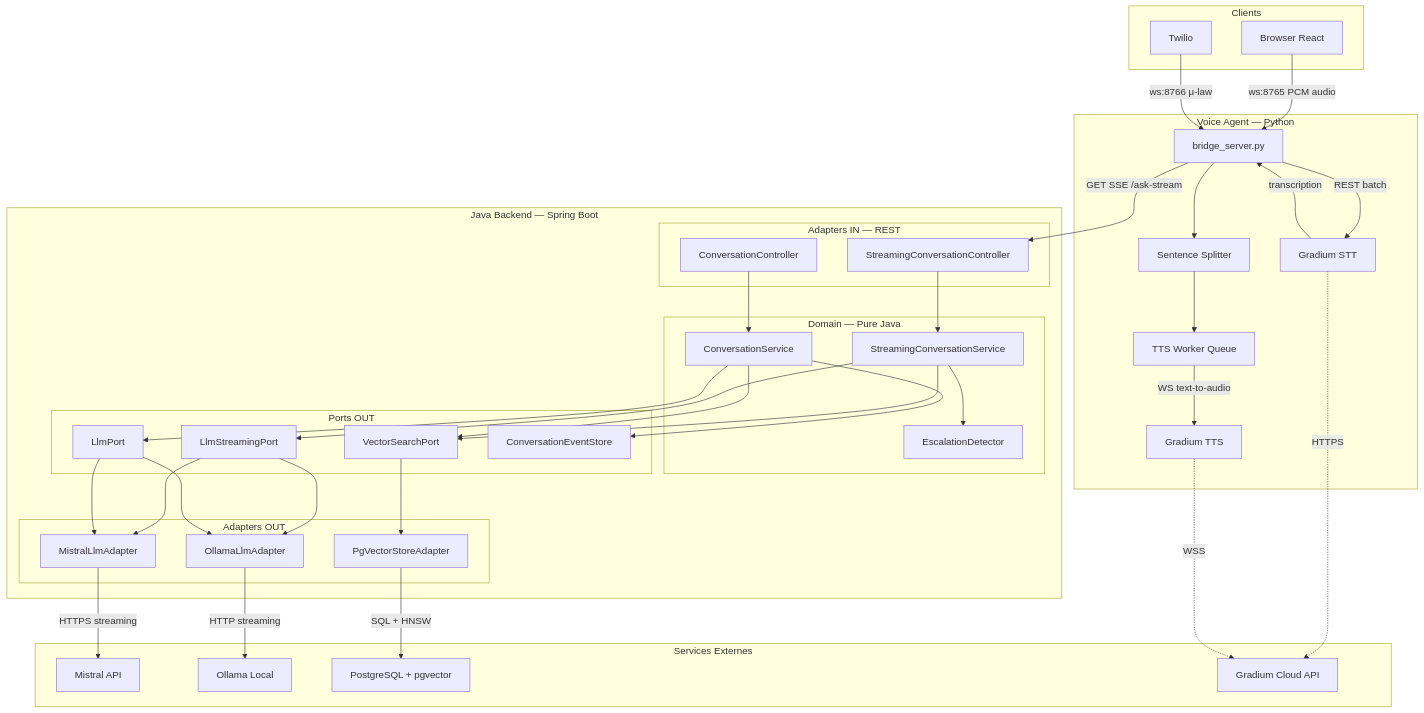
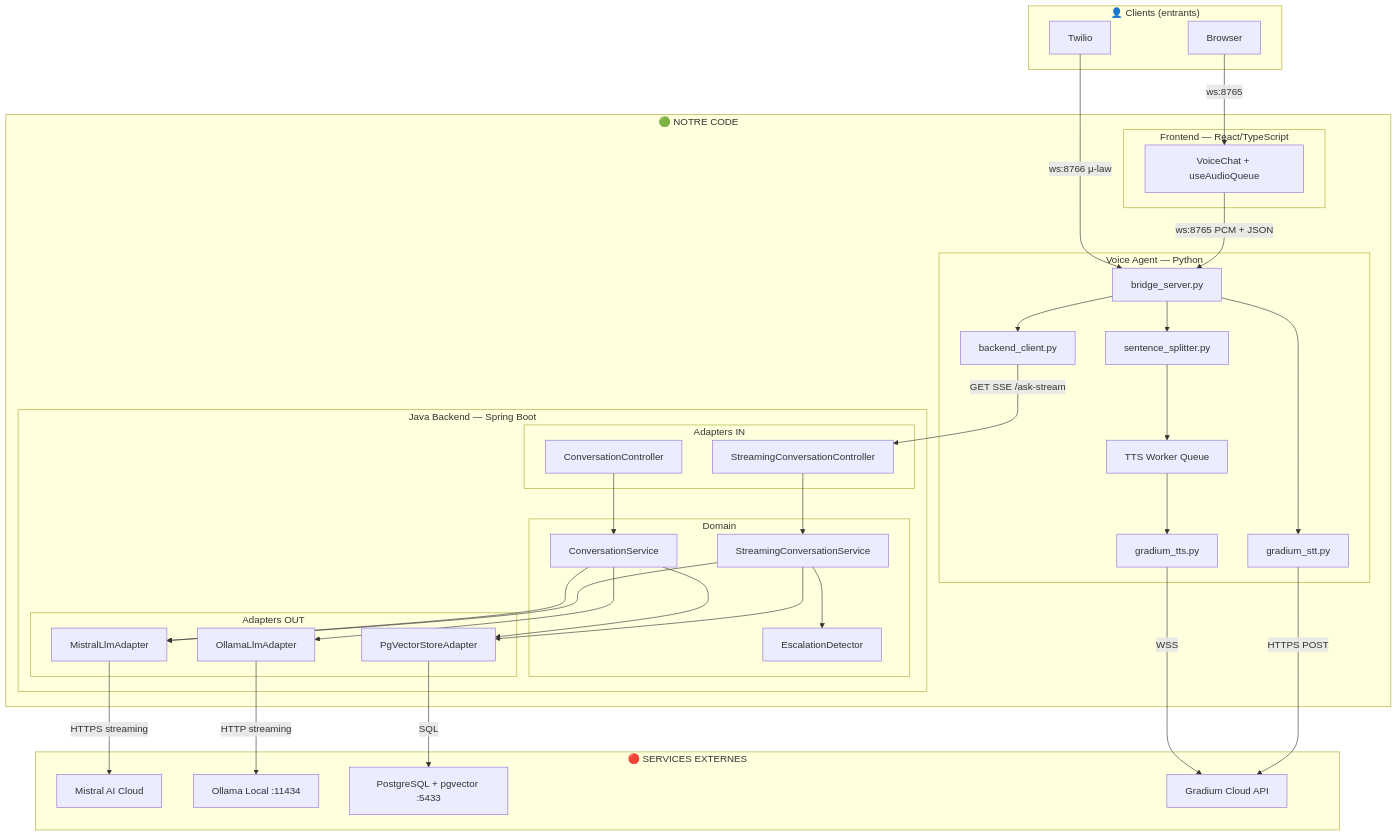
One commit to tgrimaud/V2V changed the first of 2 diagrams in docs/architecture.md. Above: the diagram before and after it, drawn with Mermaid. The commit also changed other lines of this file, not shown here.

Commit message:
docs: clarify architecture diagram internal vs external boundaries
Separate "NOTRE CODE" (frontend, voice agent, backend) from
"SERVICES EXTERNES" (Gradium, Mistral, Ollama, PostgreSQL) with
clear visual boundaries. Rename Gradium STT/TTS nodes to their
actual source files (gradium_stt.py, gradium_tts.py) to show
they are our client code calling an external API.

````diff
--- a/docs/architecture.md
+++ b/docs/architecture.md
@@ -14,72 +14,75 @@
 ```mermaid
 graph TB
-    subgraph clients [Clients]
-        Browser[Browser React]
+    subgraph clients ["👤 Clients (entrants)"]
+        Browser[Browser]
         Twilio[Twilio]
     end
 
-    subgraph voiceAgent [Voice Agent — Python]
-        BridgeServer[bridge_server.py]
-        GradiumSTT[Gradium STT]
-        GradiumTTS[Gradium TTS]
-        SentenceSplitter[Sentence Splitter]
-        TTSWorker[TTS Worker Queue]
-    end
+    subgraph app ["🟢 NOTRE CODE"]
+        subgraph frontend [Frontend — React/TypeScript]
+            VoiceChat[VoiceChat + useAudioQueue]
+        end
 
-    subgraph backend [Java Backend — Spring Boot]
-        subgraph adaptersIn [Adapters IN — REST]
-            ConvController[ConversationController]
-            StreamController[StreamingConversationController]
+        subgraph voiceAgent [Voice Agent — Python]
+            BridgeServer[bridge_server.py]
+            SttClient[gradium_stt.py]
+            TtsClient[gradium_tts.py]
+            SentenceSplitter[sentence_splitter.py]
+            TTSWorker[TTS Worker Queue]
+            BackendClient[backend_client.py]
         end
-        subgraph domain [Domain — Pure Java]
-            ConvService[ConversationService]
-            StreamService[StreamingConversationService]
-            EscDetector[EscalationDetector]
-        end
-        subgraph portsOut [Ports OUT]
-            LlmPort[LlmPort]
-            StreamPort[LlmStreamingPort]
-            VecSearch[VectorSearchPort]
-            EventStore[ConversationEventStore]
-        end
-        subgraph adaptersOut [Adapters OUT]
-            MistralAdapter[MistralLlmAdapter]
-            OllamaAdapter[OllamaLlmAdapter]
-            PgVecAdapter[PgVectorStoreAdapter]
+
+        subgraph backend [Java Backend — Spring Boot]
+            subgraph adaptersIn [Adapters IN]
+                ConvController[ConversationController]
+                StreamController[StreamingConversationController]
+            end
+            subgraph domain [Domain]
+                ConvService[ConversationService]
+                StreamService[StreamingConversationService]
+                EscDetector[EscalationDetector]
+            end
+            subgraph adaptersOut [Adapters OUT]
+                MistralAdapter[MistralLlmAdapter]
+                OllamaAdapter[OllamaLlmAdapter]
+                PgVecAdapter[PgVectorStoreAdapter]
+            end
         end
     end
 
-    subgraph external [Services Externes]
-        MistralAPI[Mistral API]
-        Ollama[Ollama Local]
-        PgVector[PostgreSQL + pgvector]
+    subgraph external ["🔴 SERVICES EXTERNES"]
+        MistralAPI[Mistral AI Cloud]
+        Ollama[Ollama Local :11434]
+        PgVector[PostgreSQL + pgvector :5433]
         GradiumAPI[Gradium Cloud API]
     end
 
-    Browser -->|"ws:8765 PCM audio"| BridgeServer
+    Browser -->|"ws:8765"| VoiceChat
+    VoiceChat -->|"ws:8765 PCM + JSON"| BridgeServer
     Twilio -->|"ws:8766 μ-law"| BridgeServer
-    BridgeServer -->|"REST batch"| GradiumSTT
-    GradiumSTT -->|transcription| BridgeServer
-    BridgeServer -->|"GET SSE /ask-stream"| StreamController
+
+    BridgeServer --> SttClient
+    SttClient -->|"HTTPS POST"| GradiumAPI
+
+    BridgeServer --> BackendClient
+    BackendClient -->|"GET SSE /ask-stream"| StreamController
+
     StreamController --> StreamService
     StreamService --> EscDetector
-    StreamService --> VecSearch
-    StreamService --> StreamPort
-    StreamPort --> MistralAdapter
-    StreamPort --> OllamaAdapter
+    StreamService --> MistralAdapter
+    StreamService --> PgVecAdapter
+
+    ConvController --> ConvService
+    ConvService --> MistralAdapter
+    ConvService --> OllamaAdapter
+    ConvService --> PgVecAdapter
+
     BridgeServer --> SentenceSplitter
     SentenceSplitter --> TTSWorker
-    TTSWorker -->|"WS text-to-audio"| GradiumTTS
+    TTSWorker --> TtsClient
+    TtsClient -->|"WSS"| GradiumAPI
+
     MistralAdapter -->|"HTTPS streaming"| MistralAPI
     OllamaAdapter -->|"HTTP streaming"| Ollama
-    PgVecAdapter -->|"SQL + HNSW"| PgVector
-    GradiumSTT -.->|"HTTPS"| GradiumAPI
-    GradiumTTS -.->|"WSS"| GradiumAPI
-    ConvController --> ConvService
-    ConvService --> LlmPort
-    ConvService --> VecSearch
-    ConvService --> EventStore
-    LlmPort --> MistralAdapter
-    LlmPort --> OllamaAdapter
-    VecSearch --> PgVecAdapter
+    PgVecAdapter -->|"SQL"| PgVector
 ```
````
